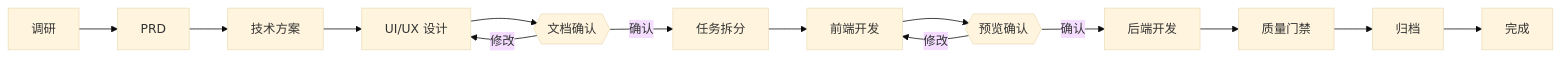
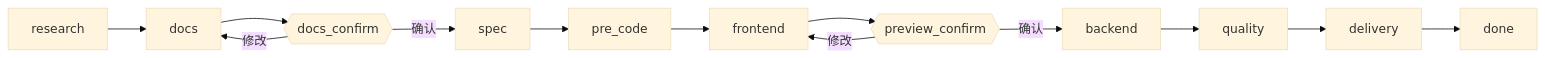
The diagram in README.zh.md (KkOma-value/spec-dev-skill), drawn with Mermaid (base theme) before and after one commit. The commit also changed other lines of this file and 22 other files, not shown here.

Commit message:
feat: align spec-dev governed delivery flow

````diff
--- a/README.zh.md
+++ b/README.zh.md
@@ -53,16 +7,15 @@
 ```mermaid
 flowchart LR
-  A[调研] --> B[PRD]
-  B --> C[技术方案]
-  C --> D[UI/UX 设计]
-  D --> E{{文档确认}}
-  E -->|确认| F[任务拆分]
-  E -->|修改| D
-  F --> G[前端开发]
-  G --> H{{预览确认}}
-  H -->|确认| I[后端开发]
-  H -->|修改| G
-  I --> J[质量门禁]
-  J --> K[归档]
-  K --> L[完成]
+  A[research] --> B[docs]
+  B --> C{{docs_confirm}}
+  C -->|确认| D[spec]
+  C -->|修改| B
+  D --> E[pre_code]
+  E --> F[frontend]
+  F --> G{{preview_confirm}}
+  G -->|确认| H[backend]
+  G -->|修改| F
+  H --> I[quality]
+  I --> J[delivery]
+  J --> K[done]
 ```
````
